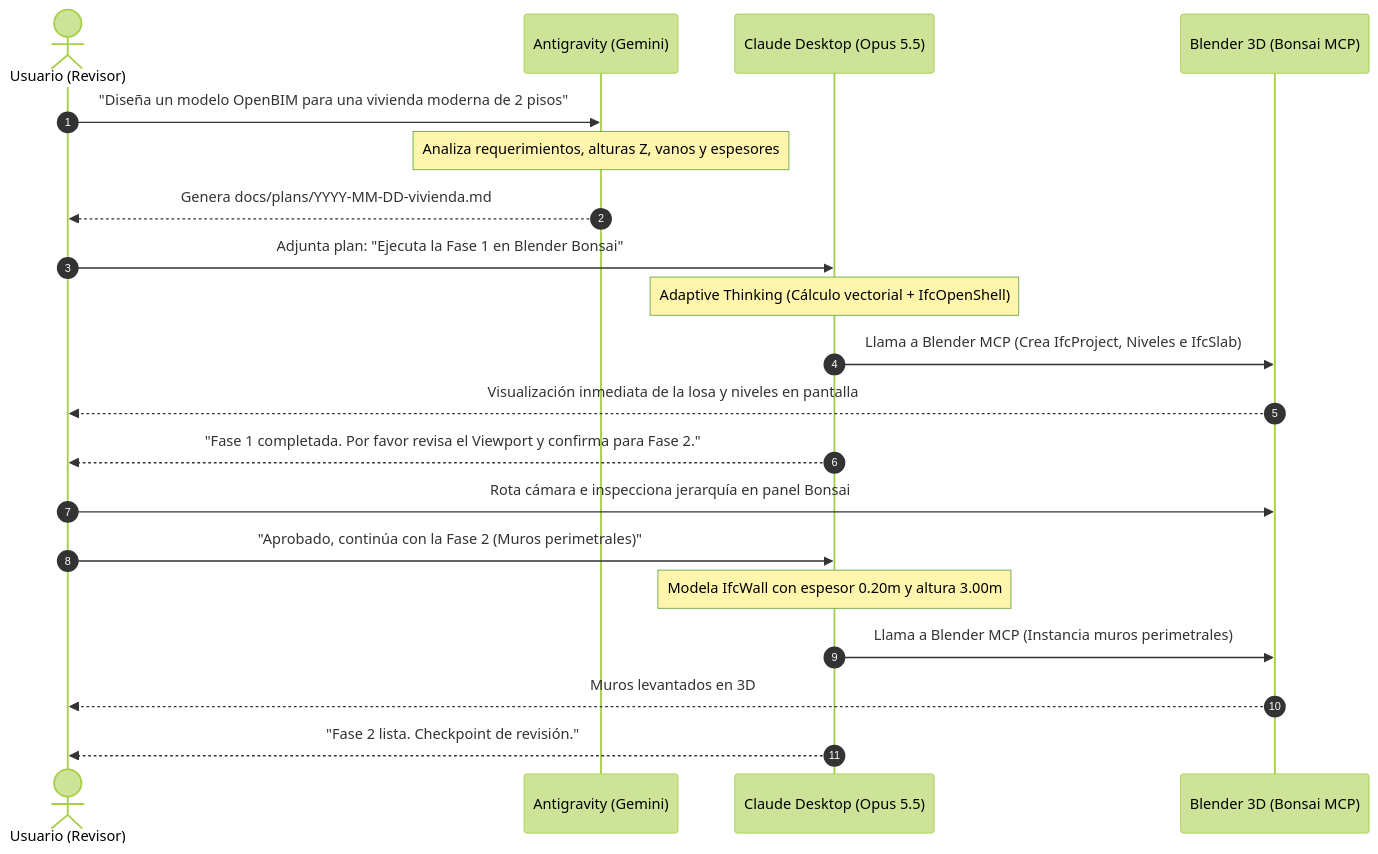
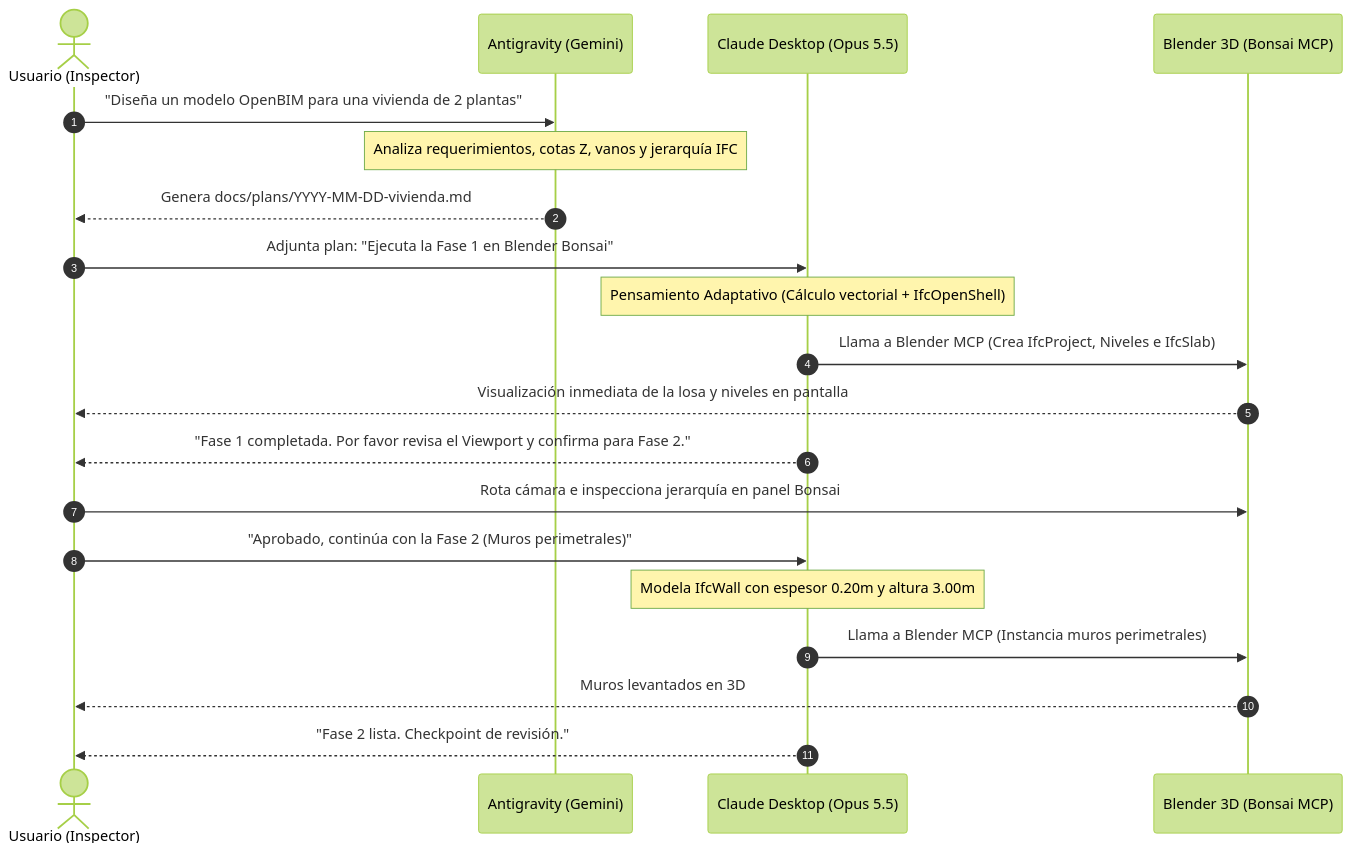
Before and after one commit to zebas-hidalgo/antigravity-claude-bridge: the second of 4 diagrams in README.md, drawn with Mermaid (forest theme). The commit also changed other lines of this file, not shown here.

Commit message:
docs: traducir README completamente al español con diagramas y esquemas OpenBIM

````diff
--- a/README.md
+++ b/README.md
@@ -71,25 +73,25 @@
 ```mermaid
 sequenceDiagram
     autonumber
-    actor User as Usuario (Revisor)
+    actor Usuario as Usuario (Inspector)
     participant AG as Antigravity (Gemini)
     participant Claude as Claude Desktop (Opus 5.5)
     participant Blender as Blender 3D (Bonsai MCP)
 
-    User->>AG: "Diseña un modelo OpenBIM para una vivienda moderna de 2 pisos"
-    Note over AG: Analiza requerimientos, alturas Z, vanos y espesores
-    AG-->>User: Genera docs/plans/YYYY-MM-DD-vivienda.md
+    Usuario->>AG: "Diseña un modelo OpenBIM para una vivienda de 2 plantas"
+    Note over AG: Analiza requerimientos, cotas Z, vanos y jerarquía IFC
+    AG-->>Usuario: Genera docs/plans/YYYY-MM-DD-vivienda.md
     
-    User->>Claude: Adjunta plan: "Ejecuta la Fase 1 en Blender Bonsai"
-    Note over Claude: Adaptive Thinking (Cálculo vectorial + IfcOpenShell)
+    Usuario->>Claude: Adjunta plan: "Ejecuta la Fase 1 en Blender Bonsai"
+    Note over Claude: Pensamiento Adaptativo (Cálculo vectorial + IfcOpenShell)
     Claude->>Blender: Llama a Blender MCP (Crea IfcProject, Niveles e IfcSlab)
-    Blender-->>User: Visualización inmediata de la losa y niveles en pantalla
-    Claude-->>User: "Fase 1 completada. Por favor revisa el Viewport y confirma para Fase 2."
+    Blender-->>Usuario: Visualización inmediata de la losa y niveles en pantalla
+    Claude-->>Usuario: "Fase 1 completada. Por favor revisa el Viewport y confirma para Fase 2."
     
-    User->>Blender: Rota cámara e inspecciona jerarquía en panel Bonsai
-    User->>Claude: "Aprobado, continúa con la Fase 2 (Muros perimetrales)"
+    Usuario->>Blender: Rota cámara e inspecciona jerarquía en panel Bonsai
+    Usuario->>Claude: "Aprobado, continúa con la Fase 2 (Muros perimetrales)"
     Note over Claude: Modela IfcWall con espesor 0.20m y altura 3.00m
     Claude->>Blender: Llama a Blender MCP (Instancia muros perimetrales)
-    Blender-->>User: Muros levantados en 3D
-    Claude-->>User: "Fase 2 lista. Checkpoint de revisión."
+    Blender-->>Usuario: Muros levantados en 3D
+    Claude-->>Usuario: "Fase 2 lista. Checkpoint de revisión."
 ```
````
